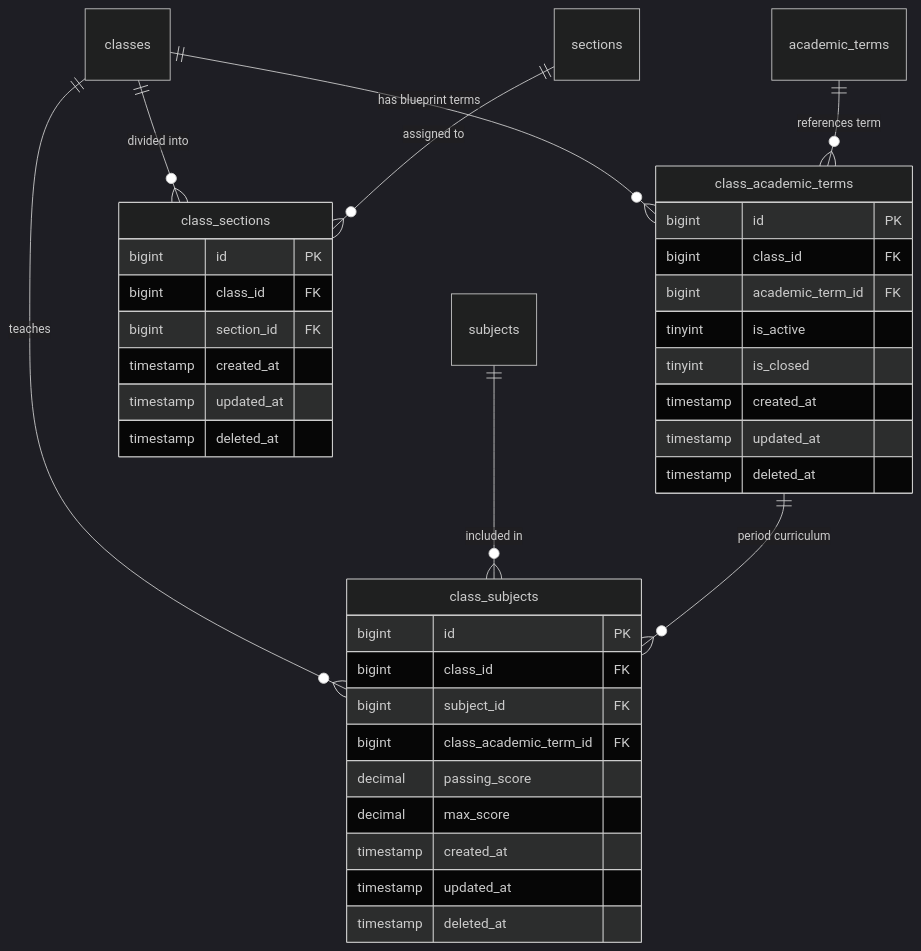
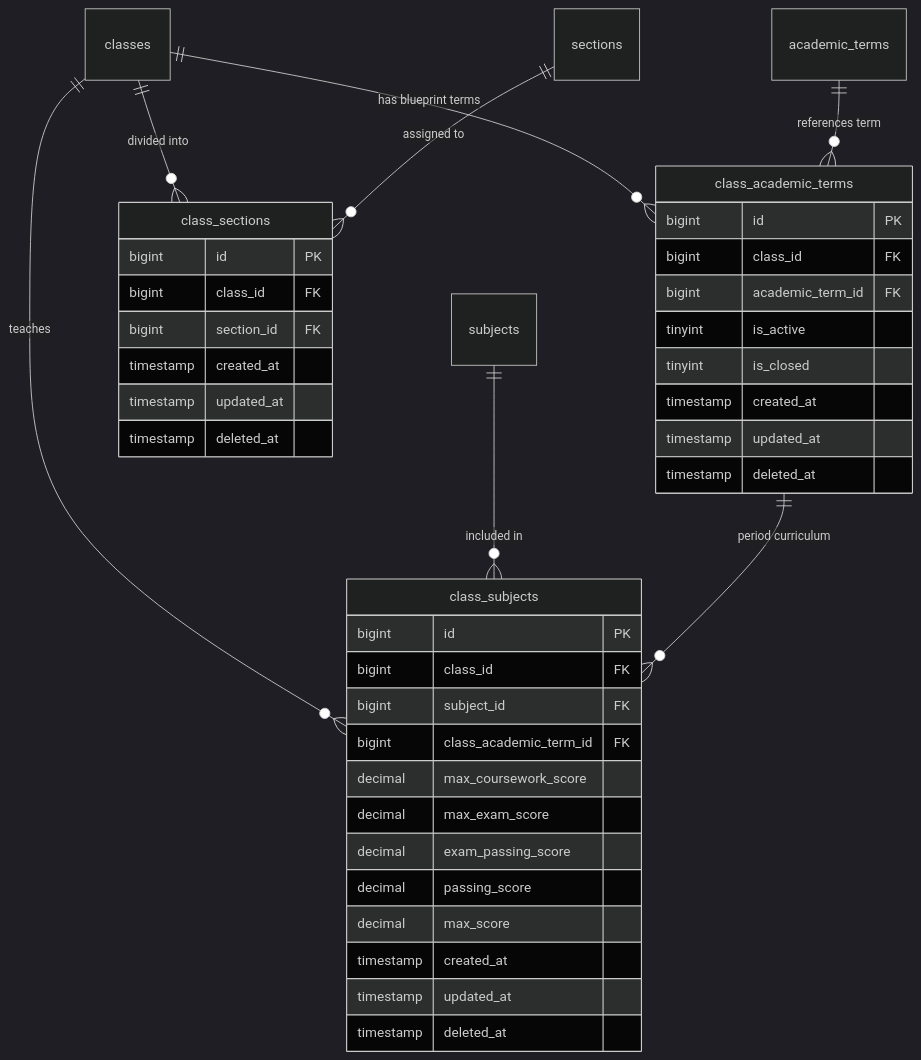
Before and after one commit to alalemusa98-ctrl/Taqniya-SMS: the diagram in MD/phases/phase_02_academic_structure_c/data.md, drawn with Mermaid (dark theme). The commit also changed other lines of this file and 11 other files, not shown here.

````diff
--- a/MD/phases/phase_02_academic_structure_c/data.md
+++ b/MD/phases/phase_02_academic_structure_c/data.md
@@ -127,42 +136,45 @@
 ```mermaid
 erDiagram
     classes ||--o{ class_academic_terms : "has blueprint terms"
     academic_terms ||--o{ class_academic_terms : "references term"
     classes ||--o{ class_sections : "divided into"
     sections ||--o{ class_sections : "assigned to"
     classes ||--o{ class_subjects : "teaches"
     subjects ||--o{ class_subjects : "included in"
     class_academic_terms ||--o{ class_subjects : "period curriculum"
 
     class_academic_terms {
         bigint id PK
         bigint class_id FK
         bigint academic_term_id FK
         tinyint is_active
         tinyint is_closed
         timestamp created_at
         timestamp updated_at
         timestamp deleted_at
     }
 
     class_sections {
         bigint id PK
         bigint class_id FK
         bigint section_id FK
         timestamp created_at
         timestamp updated_at
         timestamp deleted_at
     }
 
     class_subjects {
         bigint id PK
         bigint class_id FK
         bigint subject_id FK
         bigint class_academic_term_id FK
+        decimal max_coursework_score
+        decimal max_exam_score
+        decimal exam_passing_score
         decimal passing_score
         decimal max_score
         timestamp created_at
         timestamp updated_at
         timestamp deleted_at
     }
 ```
````
